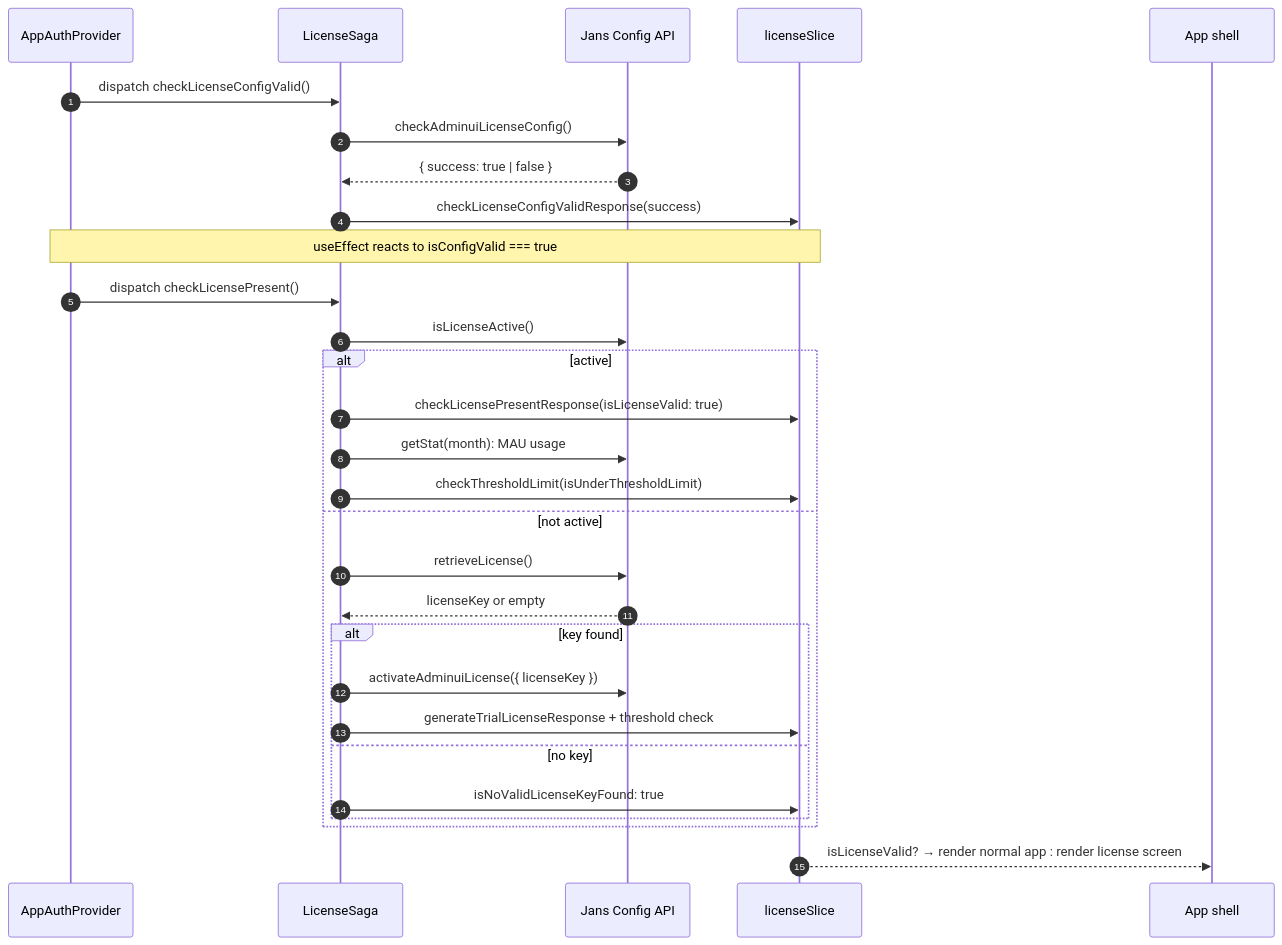
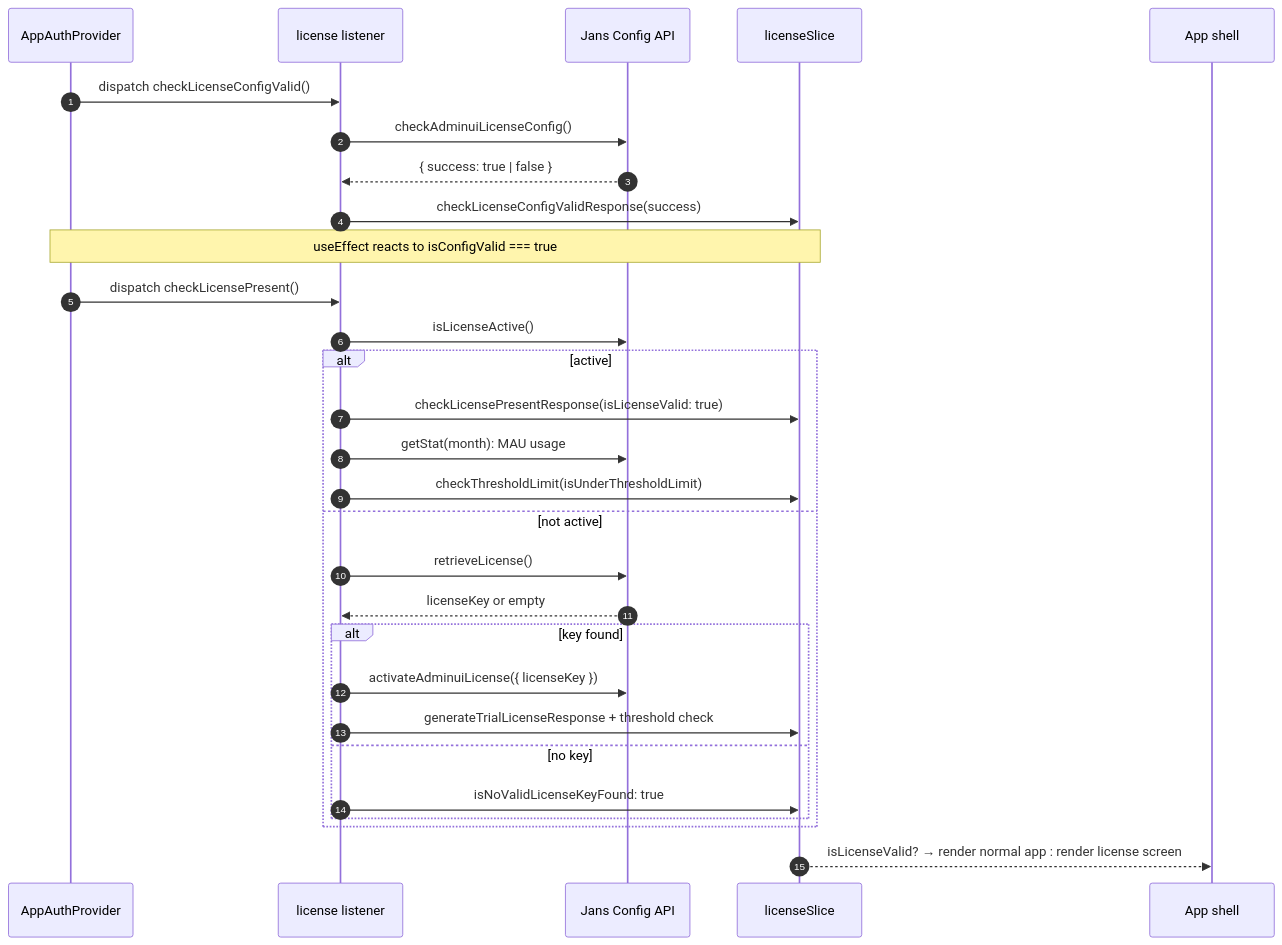
Before and after one commit to GluuFederation/flex: the third of 3 diagrams in admin-ui/docs/auth.md, drawn with Mermaid. The commit also changed other lines of this file and 39 other files, not shown here.

First line of the commit message:
refactor(admin-ui): migrate Auth Server config-scripts flow off saga and remove redux-saga (#2867)

````diff
--- a/admin-ui/docs/auth.md
+++ b/admin-ui/docs/auth.md
@@ -116,35 +118,35 @@
 ```mermaid
 sequenceDiagram
     autonumber
     participant Provider as AppAuthProvider
-    participant Saga as LicenseSaga
+    participant Listener as license listener
     participant API as Jans Config API
     participant Slice as licenseSlice
     participant UI as App shell
 
-    Provider->>Saga: dispatch checkLicenseConfigValid()
-    Saga->>API: checkAdminuiLicenseConfig()
-    API-->>Saga: { success: true | false }
-    Saga->>Slice: checkLicenseConfigValidResponse(success)
+    Provider->>Listener: dispatch checkLicenseConfigValid()
+    Listener->>API: checkAdminuiLicenseConfig()
+    API-->>Listener: { success: true | false }
+    Listener->>Slice: checkLicenseConfigValidResponse(success)
 
     Note over Provider,Slice: useEffect reacts to isConfigValid === true
 
-    Provider->>Saga: dispatch checkLicensePresent()
-    Saga->>API: isLicenseActive()
+    Provider->>Listener: dispatch checkLicensePresent()
+    Listener->>API: isLicenseActive()
     alt active
-        Saga->>Slice: checkLicensePresentResponse(isLicenseValid: true)
-        Saga->>API: getStat(month): MAU usage
-        Saga->>Slice: checkThresholdLimit(isUnderThresholdLimit)
+        Listener->>Slice: checkLicensePresentResponse(isLicenseValid: true)
+        Listener->>API: getStat(month): MAU usage
+        Listener->>Slice: checkThresholdLimit(isUnderThresholdLimit)
     else not active
-        Saga->>API: retrieveLicense()
-        API-->>Saga: licenseKey or empty
+        Listener->>API: retrieveLicense()
+        API-->>Listener: licenseKey or empty
         alt key found
-            Saga->>API: activateAdminuiLicense({ licenseKey })
-            Saga->>Slice: generateTrialLicenseResponse + threshold check
+            Listener->>API: activateAdminuiLicense({ licenseKey })
+            Listener->>Slice: generateTrialLicenseResponse + threshold check
         else no key
-            Saga->>Slice: isNoValidLicenseKeyFound: true
+            Listener->>Slice: isNoValidLicenseKeyFound: true
         end
     end
 
     Slice-->>UI: isLicenseValid? → render normal app : render license screen
 ```
````
